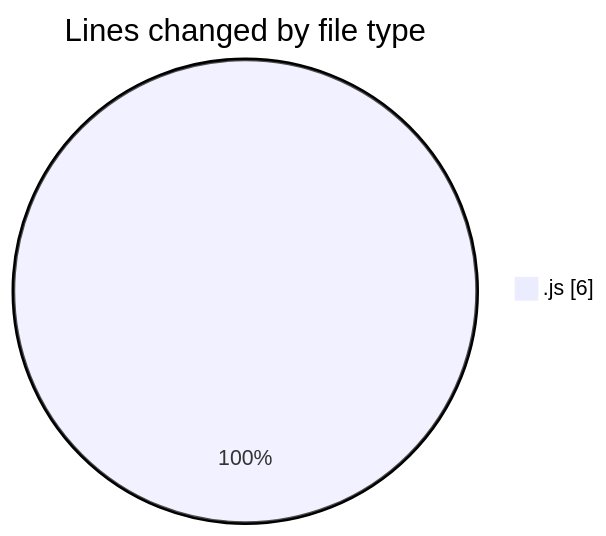
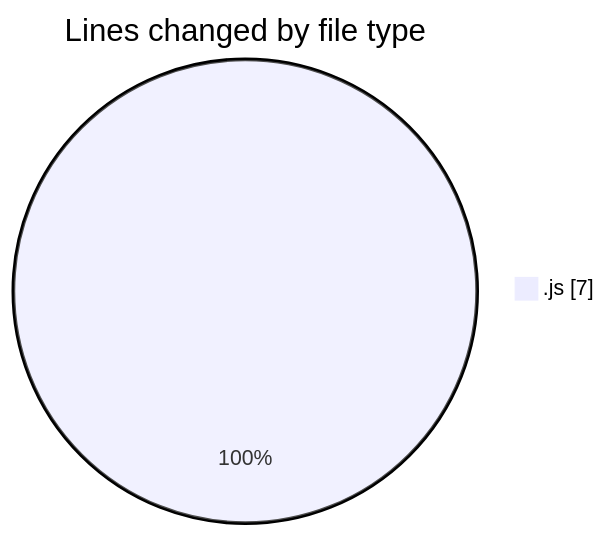
Before and after one commit to Ritupan-Deka/code-tracking: the first of 2 diagrams in 2025-01-24/projects/README.md, drawn with Mermaid. The commit also changed other lines of this file and 1 other file, not shown here.

````diff
--- a/2025-01-24/projects/README.md
+++ b/2025-01-24/projects/README.md
@@ -25,5 +26,5 @@
 ```mermaid
 pie showData
 title Lines changed by file type
-".js" : 6
+".js" : 7
 ```
````
